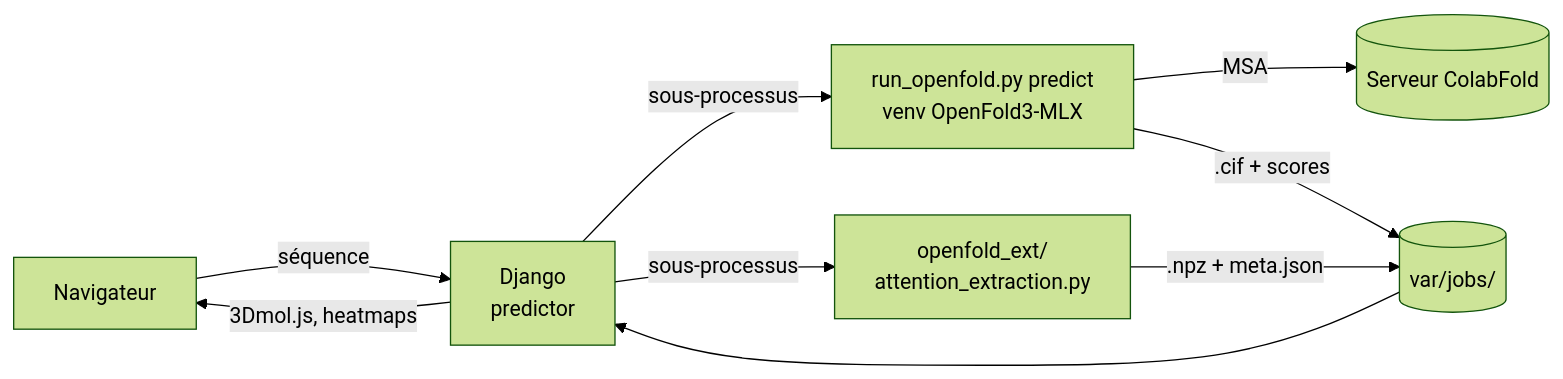
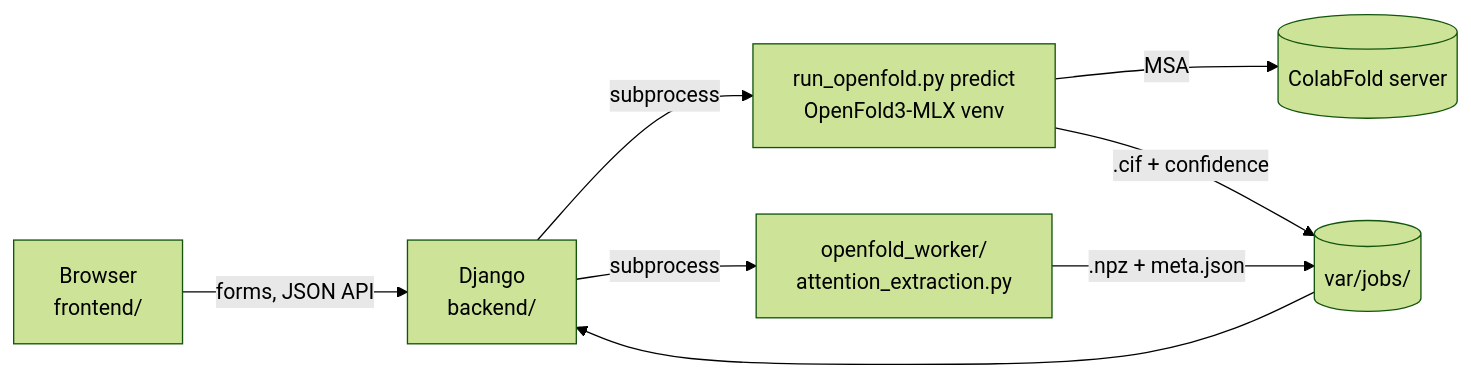
One commit to Felix-Bos/openfold-studio changed the diagram in README.md. Above: the diagram before and after it, drawn with Mermaid (forest theme). The commit also changed other lines of this file and 152 other files, not shown here.

````diff
--- a/README.md
+++ b/README.md
@@ -33,11 +49,10 @@
 ```mermaid
 flowchart LR
-    U[Navigateur] -->|séquence| D[Django<br/>predictor]
-    D -->|sous-processus| P[run_openfold.py predict<br/>venv OpenFold3-MLX]
-    P -->|MSA| C[(Serveur ColabFold)]
-    P -->|.cif + scores| J[(var/jobs/)]
-    D -->|sous-processus| A[openfold_ext/<br/>attention_extraction.py]
+    U[Browser<br/>frontend/] -->|forms, JSON API| D[Django<br/>backend/]
+    D -->|subprocess| P[run_openfold.py predict<br/>OpenFold3-MLX venv]
+    P -->|MSA| C[(ColabFold server)]
+    P -->|.cif + confidence| J[(var/jobs/)]
+    D -->|subprocess| A[openfold_worker/<br/>attention_extraction.py]
     A -->|.npz + meta.json| J
     J --> D
-    D -->|3Dmol.js, heatmaps| U
 ```
````
